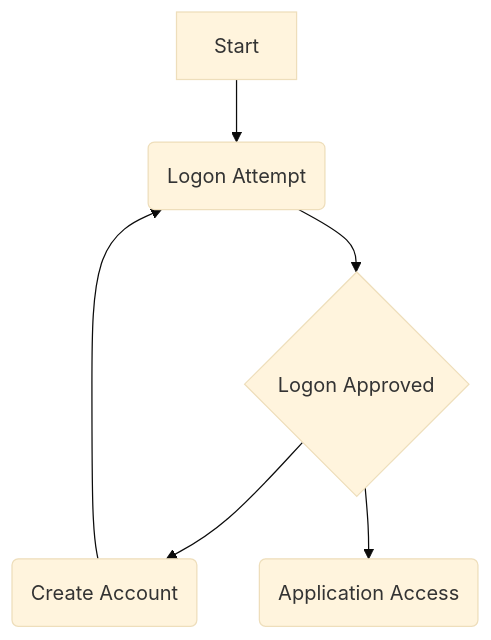
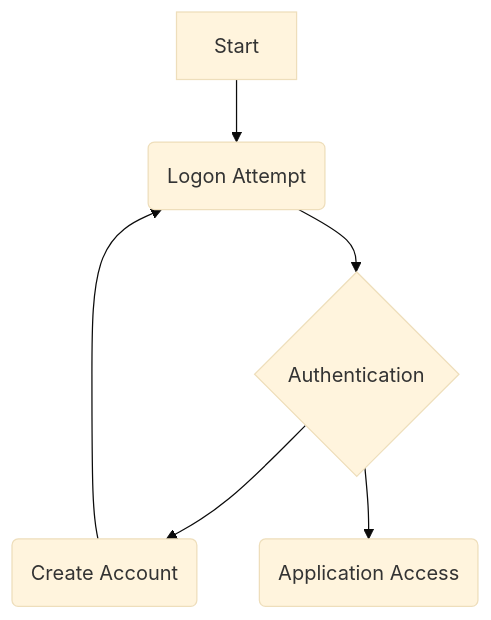
The first of 4 diagrams in Overview.md (DaveM86/Authentication), drawn with Mermaid (base theme) before and after one commit.

Commit message:
small change

````diff
--- a/Overview.md
+++ b/Overview.md
@@ -2,8 +2,8 @@
 ```mermaid
 graph TD;
     A[Start]-->B(Logon Attempt);
-    B-->C{Logon Approved};
+    B-->C{Authentication};
     C-->D(Create Account);
     D-->B;
     C-->E(Application Access);
 ```
````
